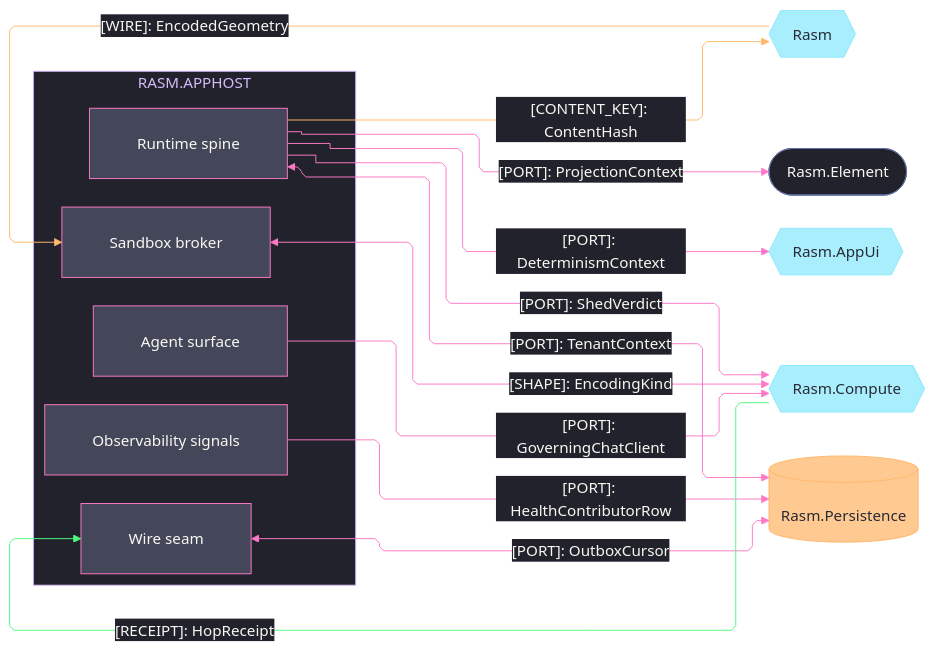
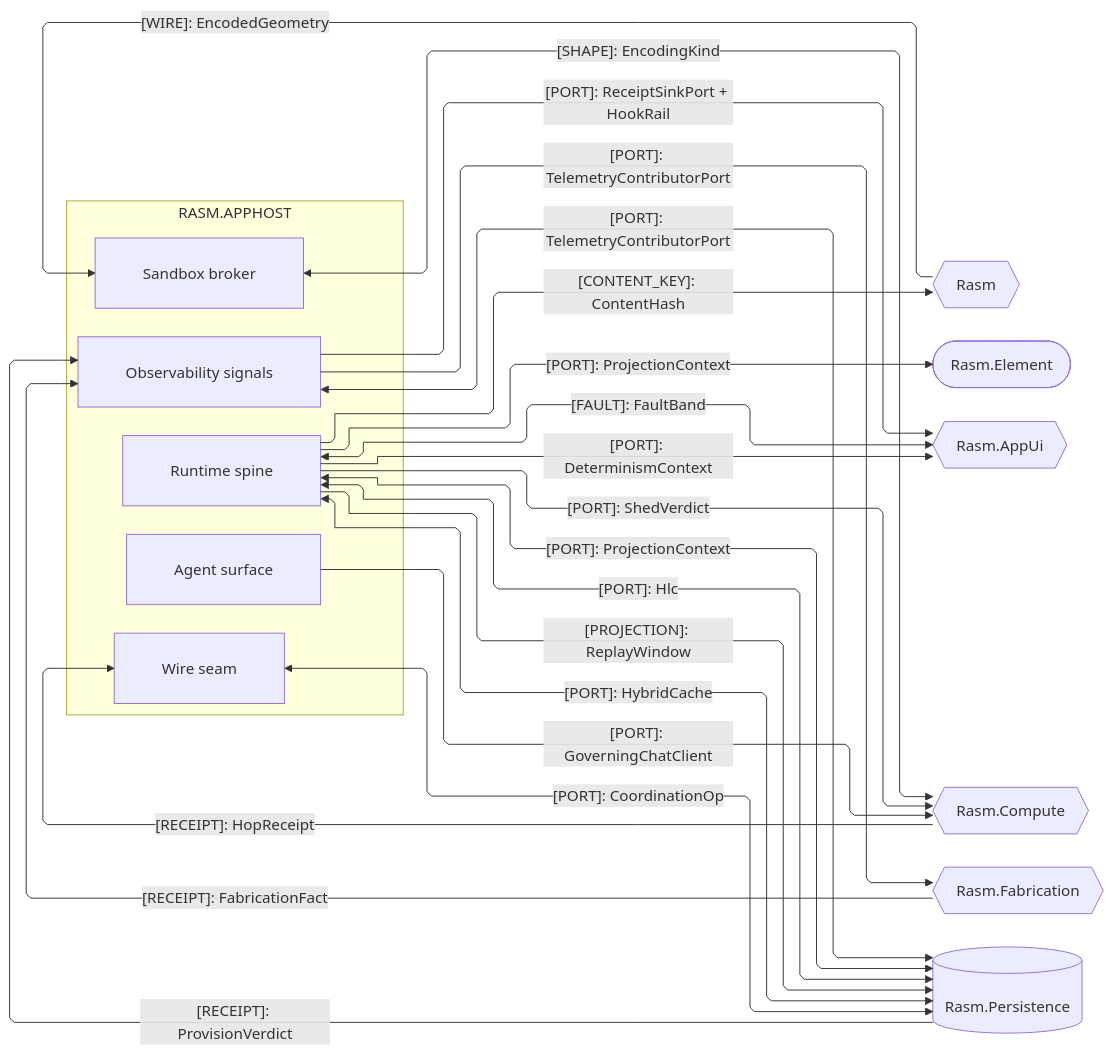
The third of 4 diagrams in libs/csharp/Rasm.AppHost/ARCHITECTURE.md (bsamiee/Rasm), drawn with Mermaid before and after one commit. The commit also changed other lines of this file and 460 other files, not shown here.

Commit message:
campaign(observability): tri-language signal-fabric corpus, .api admission waves, themed-slice + ideation-pool workflows, assay docs rail cleanup

````diff
--- a/libs/csharp/Rasm.AppHost/ARCHITECTURE.md
+++ b/libs/csharp/Rasm.AppHost/ARCHITECTURE.md
@@ -197,68 +145,44 @@
 ```mermaid
 ---
 config:
-  theme: base
-  look: classic
   layout: elk
   flowchart:
     curve: linear
     padding: 25
-  themeVariables:
-    darkMode: true
-    fontFamily: "SF Mono, Menlo, Cascadia Mono, Segoe UI Mono, Consolas, monospace"
-    useGradient: false
-    dropShadow: "none"
-    background: "#282A36"
-    primaryColor: "#44475A"
-    primaryTextColor: "#F8F8F2"
-    primaryBorderColor: "#BD93F9"
-    lineColor: "#FF79C6"
-    textColor: "#F8F8F2"
-    clusterBkg: "#21222C"
-    clusterBorder: "#D6BCFA"
-    edgeLabelBackground: "#21222C"
-    labelBackgroundColor: "#21222C"
-    titleColor: "#D6BCFA"
-  themeCSS: ".nodeLabel{font-size:13px;font-weight:500}.edgeLabel{font-size:12px;font-weight:500}.cluster-label .nodeLabel{font-size:13.5px;font-weight:700;letter-spacing:.08em}.edge-thickness-normal{stroke-width:2px}.edge-thickness-thick{stroke-width:3px}.edge-pattern-dashed,.edge-pattern-dotted{stroke-width:1.5px;stroke-dasharray:4 6}.node rect,.node circle,.node polygon,.node path,.node .outer-path{stroke-width:1.5px;filter:none!important}.cluster rect{stroke-width:1px!important;stroke-dasharray:5 4!important;filter:none!important}.marker path{transform:scale(.8);transform-origin:5px 5px}.marker circle{transform:scale(.48);transform-origin:5px 5px}.edgeLabel rect{transform-box:fill-box;transform-origin:center;transform:scale(1.1,1.2)}"
 ---
 flowchart LR
     accTitle: AppHost C# platform seams
-    accDescr: AppHost sub-domain owners exchanging ports, shapes, wires, and receipts with the kernel, Element, AppUi, Persistence, and Compute packages, edge rails colored by kind and nodes classed by seam direction.
+    accDescr: AppHost sub-domain owners exchanging ports, shapes, wires, receipts, and faults with the kernel, Element, AppUi, Fabrication, Persistence, and Compute packages, one edge per contract family labeled by kind.
     subgraph apphost[RASM.APPHOST]
         Runtime[Runtime spine]
         Agent[Agent surface]
         Wire[Wire seam]
         Sandbox[Sandbox broker]
         Observability[Observability signals]
     end
     Kernel{{Rasm}}
     Element([Rasm.Element])
     AppUi{{Rasm.AppUi}}
     Compute{{Rasm.Compute}}
+    Fabrication{{Rasm.Fabrication}}
     Persistence[(Rasm.Persistence)]
-    Kernel e1@-->|"[WIRE]: EncodedGeometry"| Sandbox
-    Runtime e2@-->|"[CONTENT_KEY]: ContentHash"| Kernel
+    Kernel -->|"[WIRE]: EncodedGeometry"| Sandbox
+    Runtime -->|"[CONTENT_KEY]: ContentHash"| Kernel
     Runtime e3@-->|"[PORT]: ProjectionContext"| Element
-    Runtime e4@-->|"[PORT]: DeterminismContext"| AppUi
-    Runtime e6@<-->|"[PORT]: TenantContext"| Persistence
-    Wire e8@<-->|"[PORT]: OutboxCursor"| Persistence
-    Observability e9@-->|"[PORT]: HealthContributorRow"| Persistence
-    Runtime e10@-->|"[PORT]: ShedVerdict"| Compute
-    Agent e11@-->|"[PORT]: GoverningChatClient"| Compute
-    Compute e12@-->|"[RECEIPT]: HopReceipt"| Wire
-    Sandbox e13@<-->|"[SHAPE]: EncodingKind"| Compute
-    classDef primary fill:#44475A,stroke:#FF79C6,color:#F8F8F2
-    classDef external fill:#8BE9FDBF,stroke:#8BE9FD,color:#282A36
-    classDef data fill:#FFB86CBF,stroke:#FFB86C,color:#282A36
-    classDef annotation fill:#21222C,stroke:#6272A4,color:#F8F8F2
-    classDef edgeData stroke:#FFB86C,color:#F8F8F2
-    classDef edgeSuccess stroke:#50FA7B,color:#F8F8F2
-    classDef edgeControl stroke:#FF79C6,color:#F8F8F2
-    class Runtime,Agent,Wire,Sandbox,Observability primary
-    class Kernel,AppUi,Compute external
-    class Persistence data
-    class Element annotation
-    class e1,e2 edgeData
-    class e12 edgeSuccess
-    class e3,e4,e6,e8,e9,e10,e11,e13 edgeControl
+    Runtime -->|"[PORT]: DeterminismContext"| AppUi
+    Runtime e6@<-->|"[PORT]: ProjectionContext"| Persistence
+    Wire e8@<-->|"[PORT]: CoordinationOp"| Persistence
+    Runtime e15@<-->|"[PORT]: Hlc"| Persistence
+    Runtime e16@-->|"[PROJECTION]: ReplayWindow"| Persistence
+    Runtime e17@<-->|"[PORT]: HybridCache"| Persistence
+    Persistence e18@-->|"[RECEIPT]: ProvisionVerdict"| Observability
+    Observability e14@<-->|"[PORT]: TelemetryContributorPort"| Persistence
+    Observability e19@-->|"[PORT]: ReceiptSinkPort + HookRail"| AppUi
+    Runtime e20@<-->|"[FAULT]: FaultBand"| AppUi
+    Fabrication e21@-->|"[RECEIPT]: FabricationFact"| Observability
+    Observability e22@-->|"[PORT]: TelemetryContributorPort"| Fabrication
+    Runtime -->|"[PORT]: ShedVerdict"| Compute
+    Agent -->|"[PORT]: GoverningChatClient"| Compute
+    Compute -->|"[RECEIPT]: HopReceipt"| Wire
+    Sandbox <-->|"[SHAPE]: EncodingKind"| Compute
 ```
````
